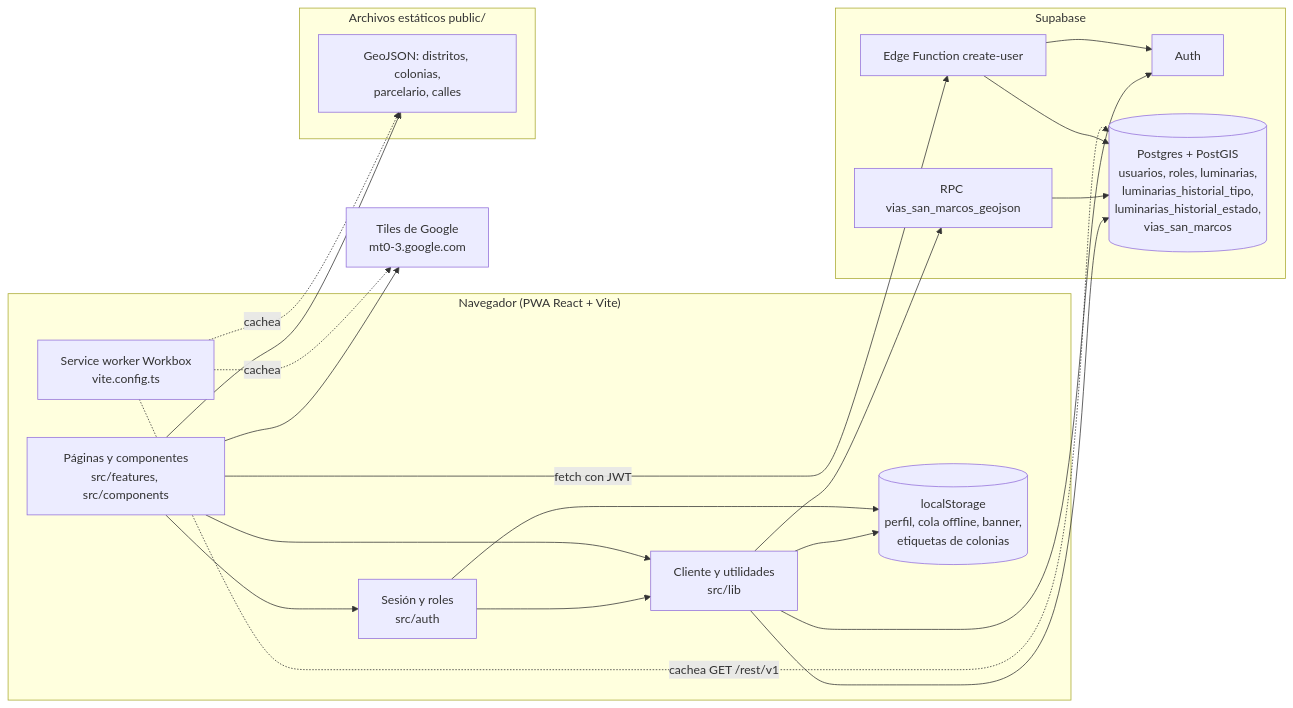
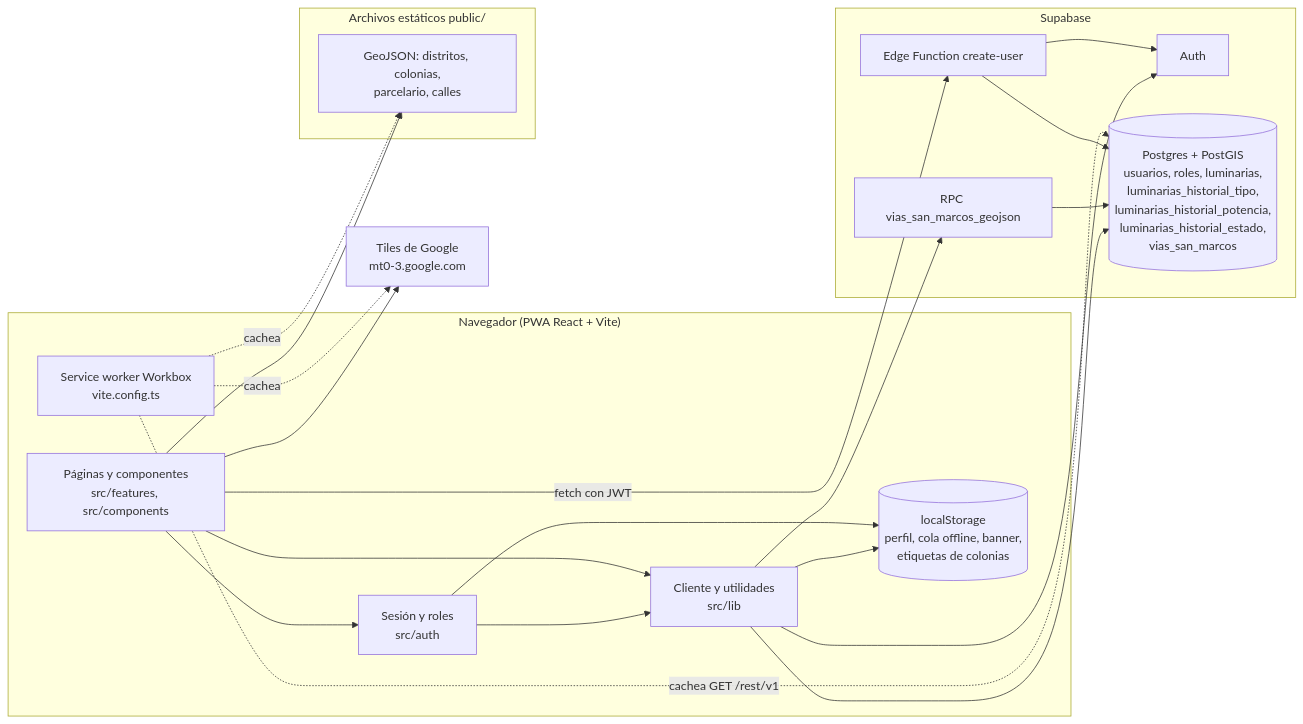
Before and after one commit to cja2001/mapsss: the first of 5 diagrams in docs/grafo-proyecto.md, drawn with Mermaid. The commit also changed other lines of this file and 6 other files, not shown here.

First line of the commit message:
Mostrar los cambios de potencia en el historial de la luminaria

````diff
--- a/docs/grafo-proyecto.md
+++ b/docs/grafo-proyecto.md
@@ -9,38 +9,38 @@
 ```mermaid
 flowchart LR
   subgraph Cliente["Navegador (PWA React + Vite)"]
     UI["Páginas y componentes<br/>src/features, src/components"]
     AUTH["Sesión y roles<br/>src/auth"]
     LIB["Cliente y utilidades<br/>src/lib"]
     SW["Service worker Workbox<br/>vite.config.ts"]
     LS[("localStorage<br/>perfil, cola offline, banner,<br/>etiquetas de colonias")]
   end
 
   subgraph Estaticos["Archivos estáticos public/"]
     GJ["GeoJSON: distritos, colonias,<br/>parcelario, calles"]
   end
 
   subgraph Supabase
     SAUTH["Auth"]
-    DB[("Postgres + PostGIS<br/>usuarios, roles, luminarias,<br/>luminarias_historial_tipo,<br/>luminarias_historial_estado,<br/>vias_san_marcos")]
+    DB[("Postgres + PostGIS<br/>usuarios, roles, luminarias,<br/>luminarias_historial_tipo,<br/>luminarias_historial_potencia,<br/>luminarias_historial_estado,<br/>vias_san_marcos")]
     RPC["RPC vias_san_marcos_geojson"]
     EDGE["Edge Function create-user"]
   end
 
   TILES["Tiles de Google<br/>mt0-3.google.com"]
 
   UI --> AUTH --> LIB
   UI --> LIB
   LIB --> SAUTH
   LIB --> DB
   LIB --> RPC --> DB
   UI -- "fetch con JWT" --> EDGE --> DB
   EDGE --> SAUTH
   UI --> GJ
   UI --> TILES
   LIB --> LS
   AUTH --> LS
   SW -. "cachea" .-> GJ
   SW -. "cachea" .-> TILES
   SW -. "cachea GET /rest/v1" .-> DB
 ```
````
